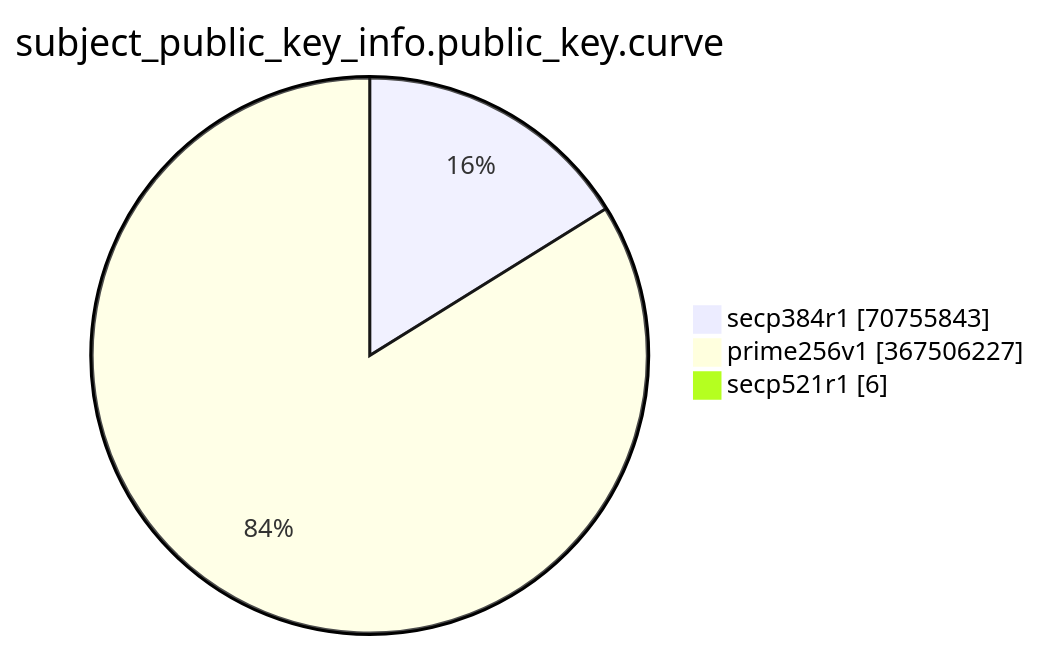
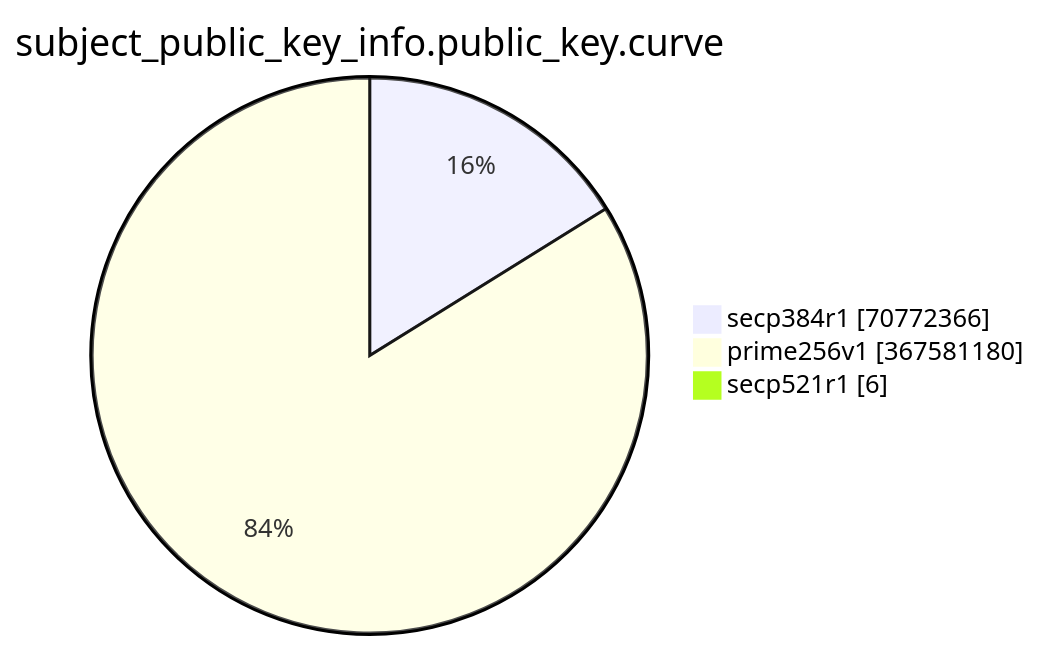
Before and after one commit to christiankrug/ctmonitor_visualization: the eighth of 15 diagrams in TOTAL/README.md, drawn with Mermaid. The commit also changed other lines of this file, not shown here.

````diff
--- a/TOTAL/README.md
+++ b/TOTAL/README.md
@@ -3094,7 +3094,7 @@
 ```mermaid
 pie showData
 title subject_public_key_info.public_key.curve
-"secp384r1" :70755843
-"prime256v1" :367506227
+"secp384r1" :70772366
+"prime256v1" :367581180
 "secp521r1" :6
 ```
````
